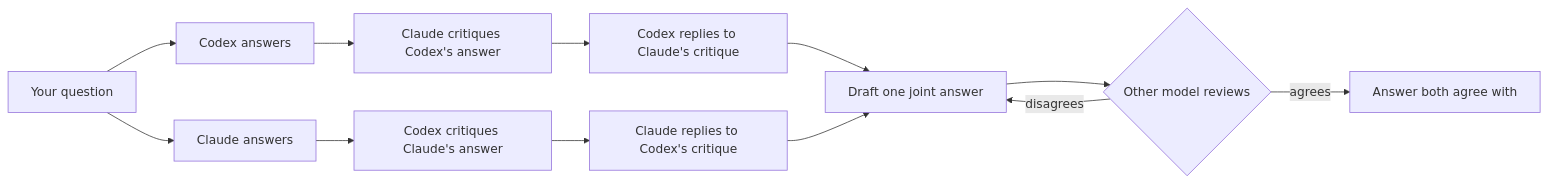
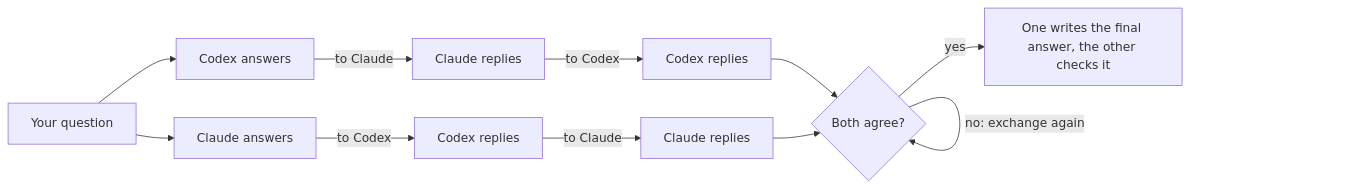
One commit to hamza-aziz-ai/codex-claude-council changed the first of 3 diagrams in README.md. Above: the diagram before and after it, drawn with Mermaid. The commit also changed other lines of this file and 22 other files, not shown here.

First line of the commit message:
0.10.0: the models exchange replies until they agree

````diff
--- a/README.md
+++ b/README.md
@@ -35,13 +35,12 @@
 ```mermaid
 flowchart LR
     Q[Your question] --> CA[Codex answers]
     Q --> LA[Claude answers]
-    LA --> CC[Codex critiques Claude's answer]
-    CA --> LC[Claude critiques Codex's answer]
-    CC --> LRe[Claude replies to Codex's critique]
-    LC --> CRe[Codex replies to Claude's critique]
-    CRe & LRe --> D[Draft one joint answer]
-    D --> R{Other model reviews}
-    R -- disagrees --> D
-    R -- agrees --> A[Answer both agree with]
+    CA -- to Claude --> L1[Claude replies]
+    LA -- to Codex --> C1[Codex replies]
+    L1 -- to Codex --> C2[Codex replies]
+    C1 -- to Claude --> L2[Claude replies]
+    C2 & L2 --> V{Both agree?}
+    V -- no: exchange again --> V
+    V -- yes --> F[One writes the final answer, the other checks it]
 ```
````
